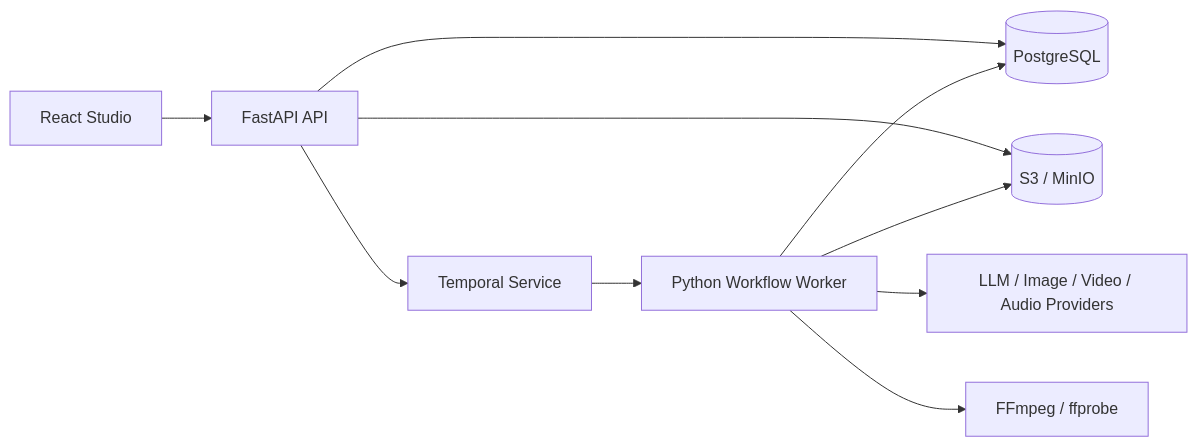
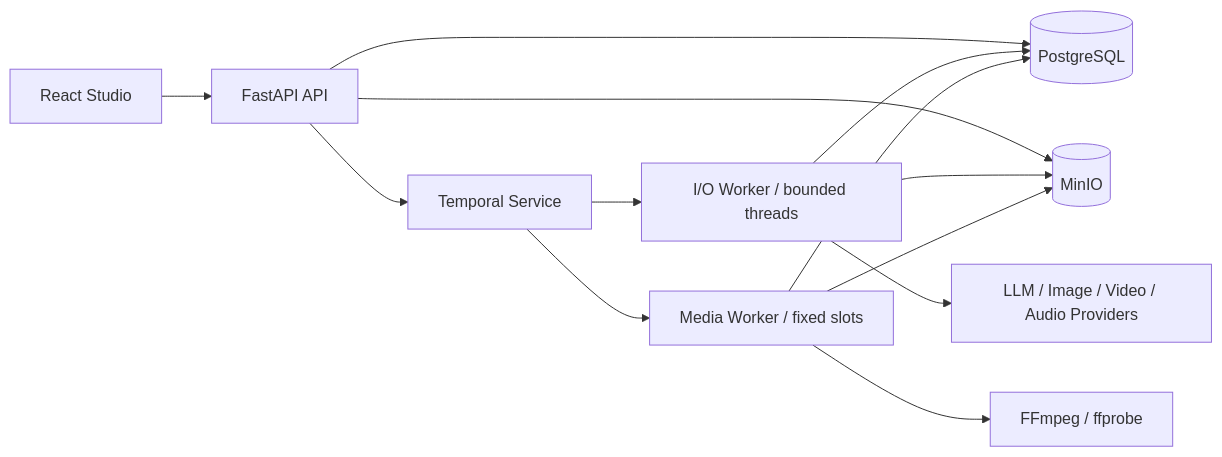
One commit to StephenQiu30/lanverse changed the diagram in docs/design/002-人工智能短剧平台架构与技术选型.md. Above: the diagram before and after it, drawn with Mermaid. The commit also changed other lines of this file and 1 other file, not shown here.

````diff
--- a/docs/design/002-人工智能短剧平台架构与技术选型.md
+++ b/docs/design/002-人工智能短剧平台架构与技术选型.md
@@ -37,12 +37,15 @@
 ```mermaid
 flowchart LR
     UI["React Studio"] --> API["FastAPI API"]
     API --> PG[(PostgreSQL)]
-    API --> S3[(S3 / MinIO)]
+    API --> MINIO[(MinIO)]
     API --> TEMP["Temporal Service"]
-    TEMP --> WORKER["Python Workflow Worker"]
-    WORKER --> PG
-    WORKER --> S3
-    WORKER --> MODEL["LLM / Image / Video / Audio Providers"]
-    WORKER --> MEDIA["FFmpeg / ffprobe"]
+    TEMP --> IOW["I/O Worker / bounded threads"]
+    TEMP --> MEDIAW["Media Worker / fixed slots"]
+    IOW --> PG
+    IOW --> MINIO
+    IOW --> MODEL["LLM / Image / Video / Audio Providers"]
+    MEDIAW --> PG
+    MEDIAW --> MINIO
+    MEDIAW --> MEDIA["FFmpeg / ffprobe"]
 ```
````
